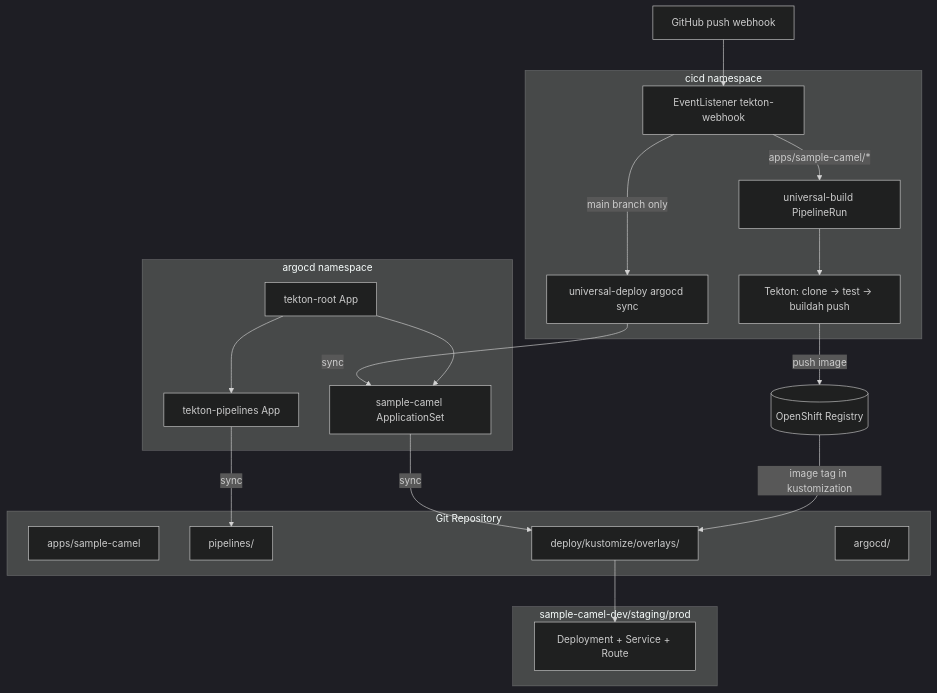
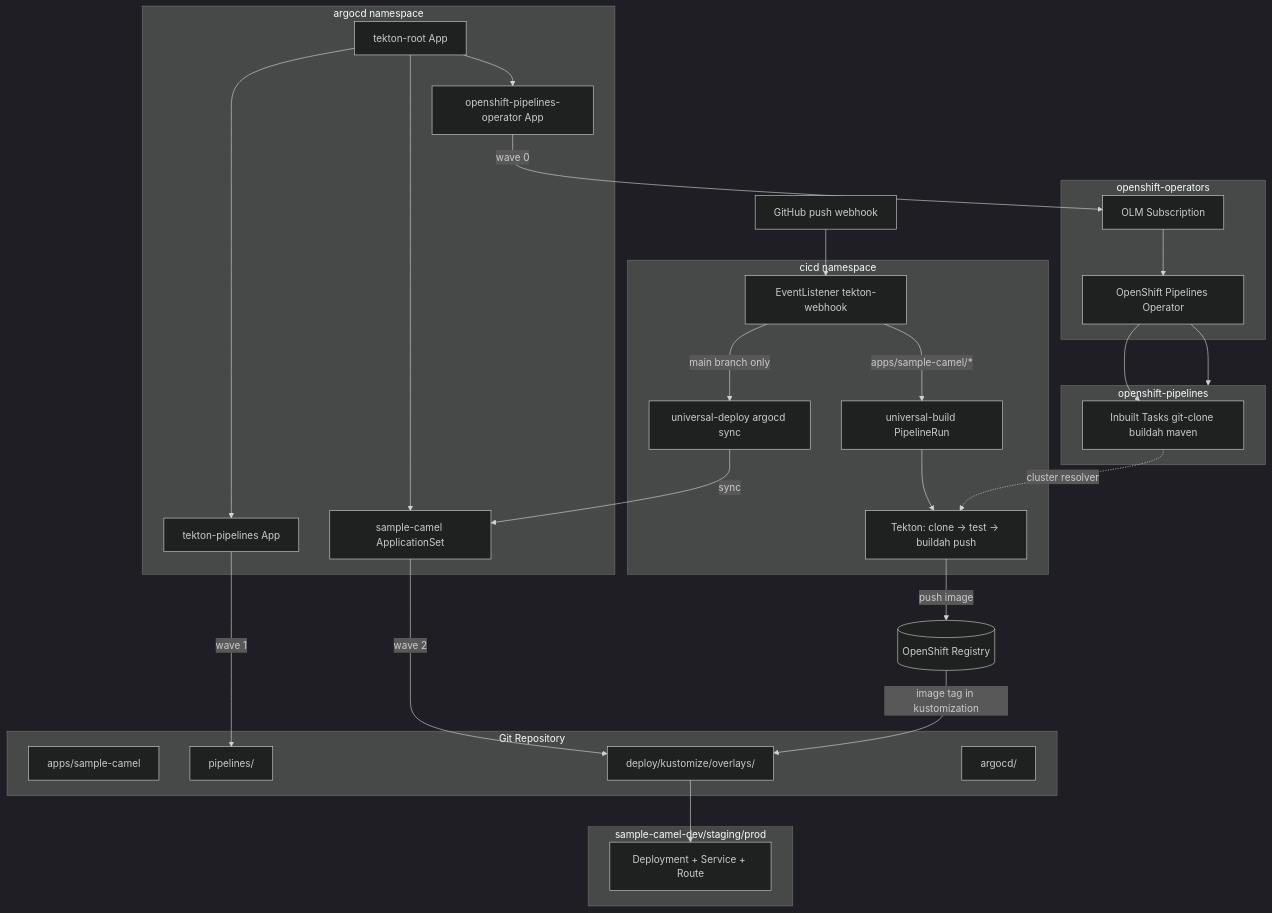
One commit to rmallam/openshift-pipelines-examples changed the diagram in README.md. Above: the diagram before and after it, drawn with Mermaid (dark theme). The commit also changed other lines of this file and 14 other files, not shown here.

First line of the commit message:
Add operator GitOps install, CI workflow, and end-to-end docs.

````diff
--- a/README.md
+++ b/README.md
@@ -9,38 +9,54 @@
 ```mermaid
 flowchart TB
     subgraph git [Git Repository]
       SRC[apps/sample-camel]
       PL[pipelines/]
       DEP[deploy/kustomize/overlays/]
       AC[argocd/]
     end
 
     WH[GitHub push webhook] --> EL[EventListener tekton-webhook]
 
     subgraph cicd [cicd namespace]
       EL -->|apps/sample-camel/*| BUILD[universal-build PipelineRun]
       EL -->|main branch only| SYNC[universal-deploy argocd sync]
       TEKTON[Tekton: clone → test → buildah push]
       BUILD --> TEKTON
     end
 
     subgraph argocd_ns [argocd namespace]
       ROOT[tekton-root App]
+      OP[openshift-pipelines-operator App]
       PAPP[tekton-pipelines App]
       APPSET[sample-camel ApplicationSet]
+    end
+
+    subgraph olm [openshift-operators]
+      SUB[OLM Subscription]
+      OCP[OpenShift Pipelines Operator]
+    end
+
+    subgraph tekton_ns [openshift-pipelines]
+      TASKS[Inbuilt Tasks git-clone buildah maven]
     end
 
     subgraph workloads [sample-camel-dev/staging/prod]
       DEPLOY[Deployment + Service + Route]
     end
 
     TEKTON -->|push image| REG[(OpenShift Registry)]
     SYNC -->|sync| APPSET
 
+    ROOT --> OP
     ROOT --> PAPP
     ROOT --> APPSET
-    PAPP -->|sync| PL
-    APPSET -->|sync| DEP
+    OP -->|wave 0| SUB
+    SUB --> OCP
+    OCP --> TASKS
+    OCP --> tekton_ns
+    PAPP -->|wave 1| PL
+    APPSET -->|wave 2| DEP
+    TASKS -.->|cluster resolver| TEKTON
     DEP --> DEPLOY
     REG -->|image tag in kustomization| DEP
 ```
````
